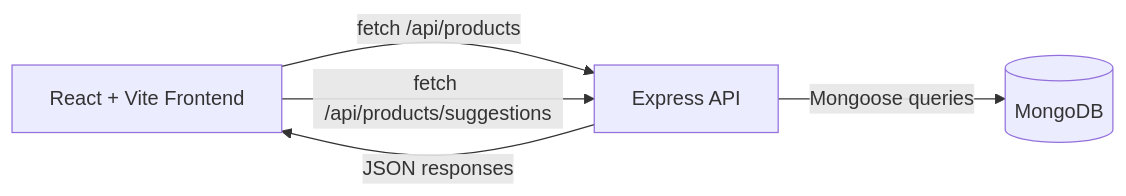
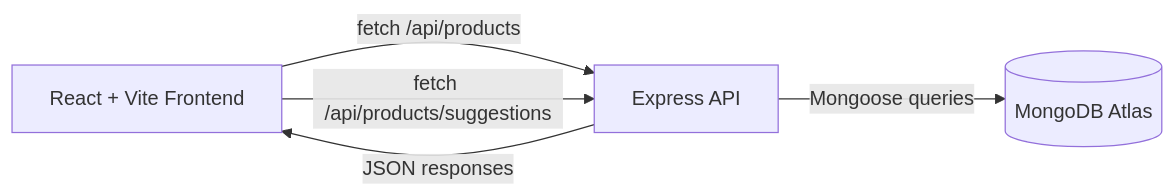
Before and after one commit to Chandrika-appari01/naik-foods-cart-prototype: the diagram in REPORT.md, drawn with Mermaid. The commit also changed other lines of this file, not shown here.

````diff
--- a/REPORT.md
+++ b/REPORT.md
@@ -153,7 +212,7 @@
 ```mermaid
 flowchart LR
     A[React + Vite Frontend] -->|fetch /api/products| B[Express API]
     A -->|fetch /api/products/suggestions| B
-    B -->|Mongoose queries| C[(MongoDB)]
+    B -->|Mongoose queries| C[(MongoDB Atlas)]
     B -->|JSON responses| A
 ```
````
